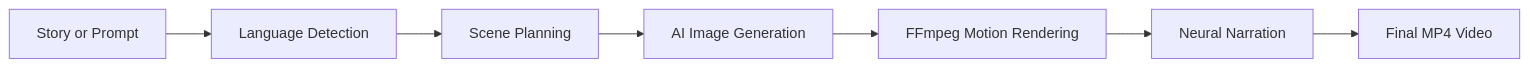
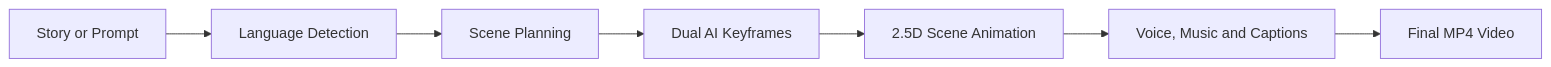
Before and after one commit to Vishal619-dubey/VisionCraft-AI: the first of 2 diagrams in README.md, drawn with Mermaid. The commit also changed other lines of this file and 10 other files, not shown here.

````diff
--- a/README.md
+++ b/README.md
@@ -54,9 +52,9 @@
 ```mermaid
 flowchart LR
     A[Story or Prompt] --> B[Language Detection]
     B --> C[Scene Planning]
-    C --> D[AI Image Generation]
-    D --> E[FFmpeg Motion Rendering]
-    E --> F[Neural Narration]
+    C --> D[Dual AI Keyframes]
+    D --> E[2.5D Scene Animation]
+    E --> F[Voice, Music and Captions]
     F --> G[Final MP4 Video]
 ```
````
